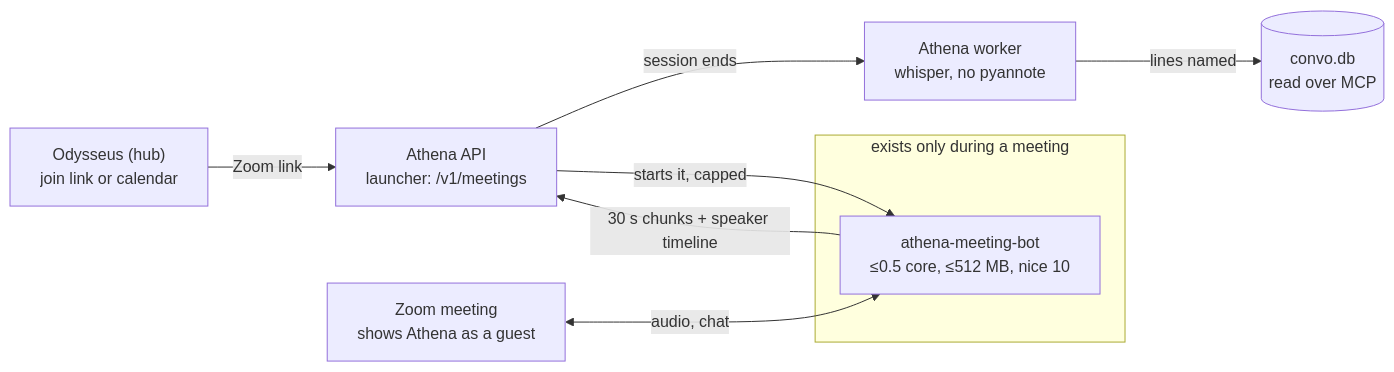
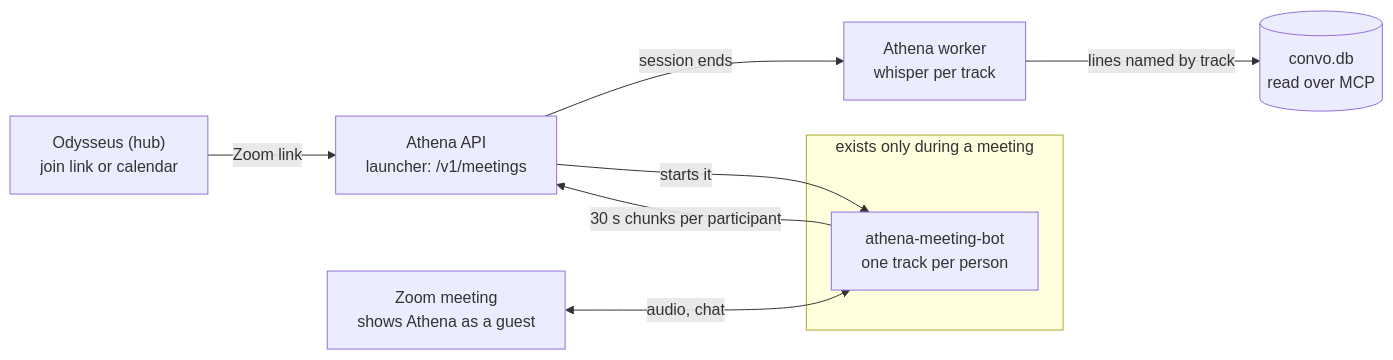
Before and after one commit to SDarioosh/Athena: the first of 2 diagrams in docs/zoom-meeting-bot-plan.md, drawn with Mermaid. The commit also changed other lines of this file and 1 other file, not shown here.

First line of the commit message:
docs: Zoom bot plan puts function first, keeps zero idle cost

````diff
--- a/docs/zoom-meeting-bot-plan.md
+++ b/docs/zoom-meeting-bot-plan.md
@@ -86,12 +90,12 @@
 ```mermaid
 flowchart LR
     hub["Odysseus (hub)<br/>join link or calendar"] -- "Zoom link" --> api["Athena API<br/>launcher: /v1/meetings"]
-    api -- "session ends" --> worker["Athena worker<br/>whisper, no pyannote"]
-    worker -- "lines named" --> db[("convo.db<br/>read over MCP")]
+    api -- "session ends" --> worker["Athena worker<br/>whisper per track"]
+    worker -- "lines named by track" --> db[("convo.db<br/>read over MCP")]
     subgraph only["exists only during a meeting"]
-        bot["athena-meeting-bot<br/>≤0.5 core, ≤512 MB, nice 10"]
+        bot["athena-meeting-bot<br/>one track per person"]
     end
-    api -- "starts it, capped" --> bot
-    bot -- "30 s chunks + speaker timeline" --> api
+    api -- "starts it" --> bot
+    bot -- "30 s chunks per participant" --> api
     zoom["Zoom meeting<br/>shows Athena as a guest"] <-- "audio, chat" --> bot
 ```
````
